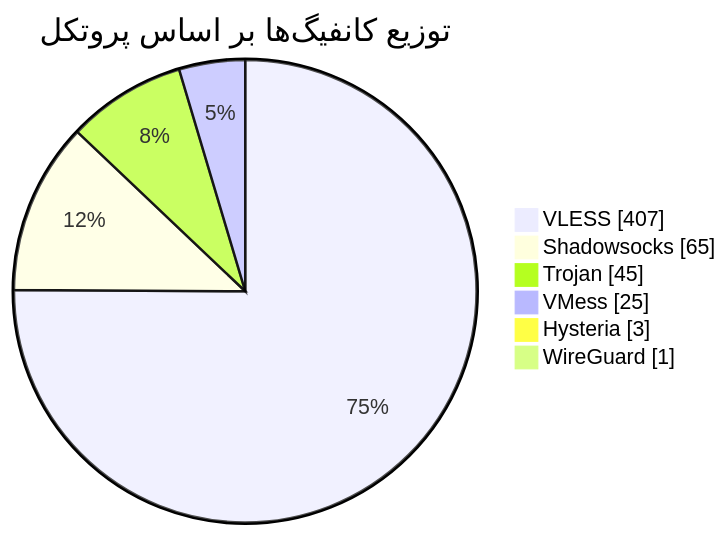
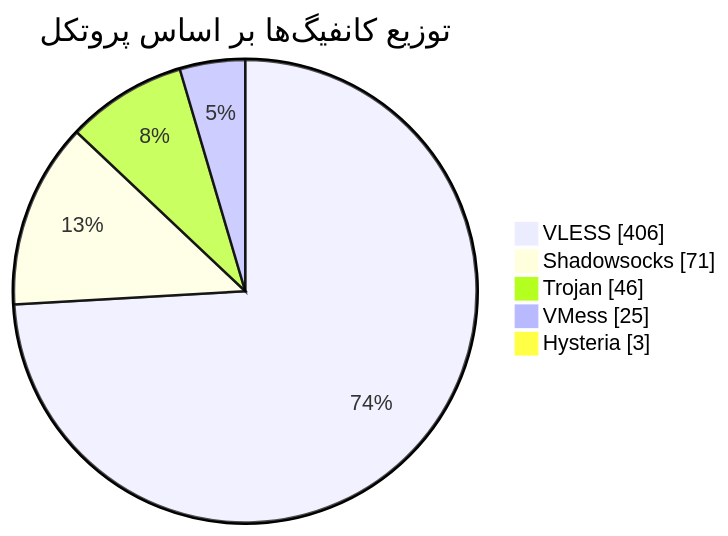
One commit to Arian-Alijani/Somthing changed the diagram in README.md. Above: the diagram before and after it, drawn with Mermaid. The commit also changed other lines of this file and 73 other files, not shown here.

````diff
--- a/README.md
+++ b/README.md
@@ -48,10 +47,9 @@
 ```mermaid
 pie showData
     title توزیع کانفیگ‌ها بر اساس پروتکل
-    "VLESS" : 407
-    "Shadowsocks" : 65
-    "Trojan" : 45
+    "VLESS" : 406
+    "Shadowsocks" : 71
+    "Trojan" : 46
     "VMess" : 25
     "Hysteria" : 3
-    "WireGuard" : 1
 ```
````
